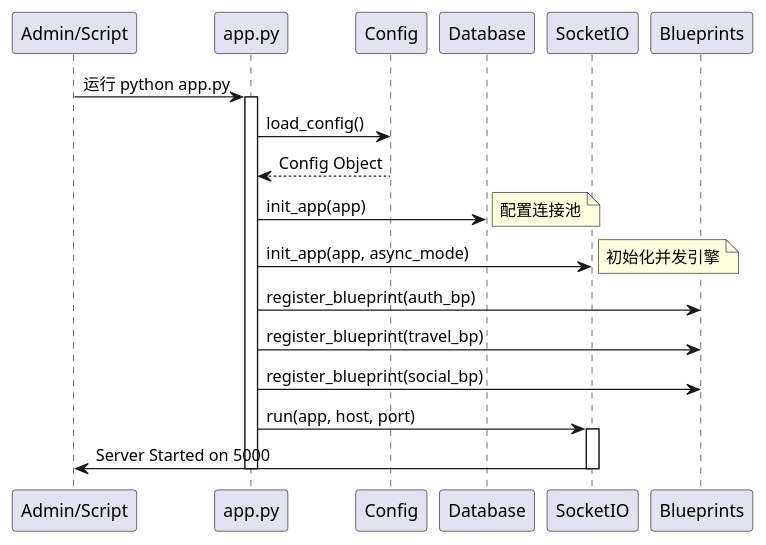
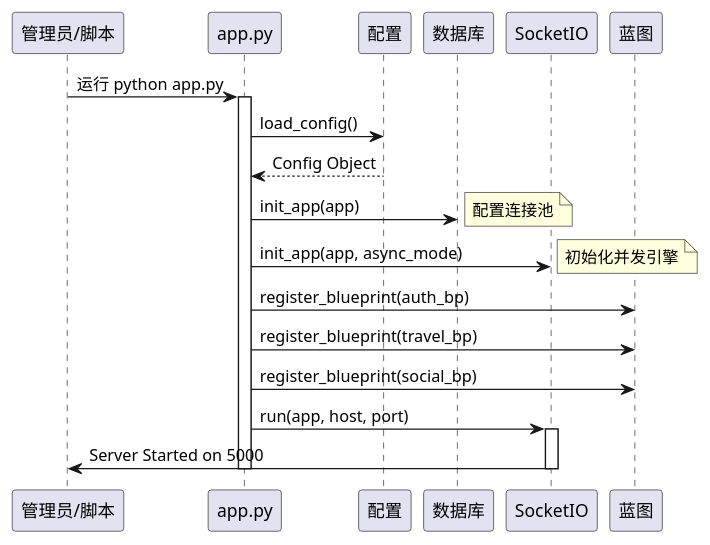
The third of 3 diagrams in doc/design/architecture_design/process_view.md (maroonxv/TravelShare), drawn with PlantUML before and after one commit. The commit also changed other lines of this file and 59 other files, not shown here.

````diff
--- a/doc/design/architecture_design/process_view.md
+++ b/doc/design/architecture_design/process_view.md
@@ -178,33 +176,33 @@
 ```plantuml
 @startuml
-participant "Admin/Script" as User
+participant "管理员/脚本" as User
 participant "app.py" as App
-participant "Config" as Conf
-participant "Database" as DB
+participant "配置" as Conf
+participant "数据库" as DB
 participant "SocketIO" as Socket
-participant "Blueprints" as BP
+participant "蓝图" as BP
 
 User -> App: 运行 python app.py
 activate App
 
 App -> Conf: load_config()
 Conf --> App: Config Object
 
 App -> DB: init_app(app)
 note right: 配置连接池
 
 App -> Socket: init_app(app, async_mode)
 note right: 初始化并发引擎
 
 App -> BP: register_blueprint(auth_bp)
 App -> BP: register_blueprint(travel_bp)
 App -> BP: register_blueprint(social_bp)
 
 App -> Socket: run(app, host, port)
 activate Socket
 Socket -> User: Server Started on 5000
 deactivate Socket
 
 deactivate App
 @enduml
 ```
````
